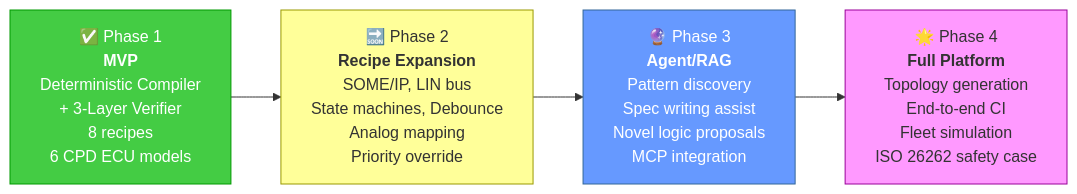
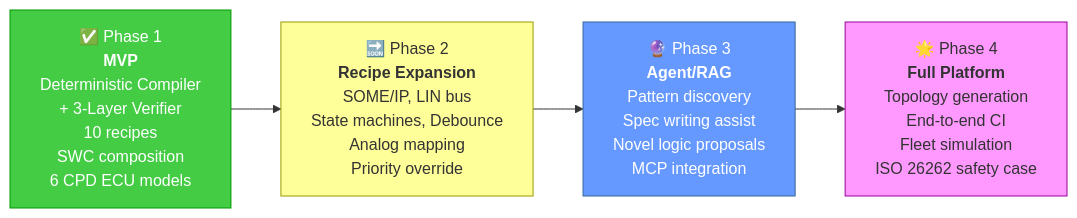
One commit to MinhTuan76800310/remotive_code_generation changed the ninth of 10 diagrams in README.md. Above: the diagram before and after it, drawn with Mermaid. The commit also changed other lines of this file, not shown here.

````diff
--- a/README.md
+++ b/README.md
@@ -686,14 +757,14 @@
 ```mermaid
 flowchart LR
-    P1["✅ Phase 1<br/><b>MVP</b><br/>Deterministic Compiler<br/>+ 3-Layer Verifier<br/>8 recipes<br/>6 CPD ECU models"]
+    P1["✅ Phase 1<br/><b>MVP</b><br/>Deterministic Compiler<br/>+ 3-Layer Verifier<br/>10 recipes<br/>SWC composition<br/>6 CPD ECU models"]
     P2["🔜 Phase 2<br/><b>Recipe Expansion</b><br/>SOME/IP, LIN bus<br/>State machines, Debounce<br/>Analog mapping<br/>Priority override"]
     P3["🔮 Phase 3<br/><b>Agent/RAG</b><br/>Pattern discovery<br/>Spec writing assist<br/>Novel logic proposals<br/>MCP integration"]
     P4["🌟 Phase 4<br/><b>Full Platform</b><br/>Topology generation<br/>End-to-end CI<br/>Fleet simulation<br/>ISO 26262 safety case"]
 
     P1 --> P2 --> P3 --> P4
 
     style P1 fill:#4c4,stroke:#090,color:#fff
     style P2 fill:#ff9,stroke:#990,color:#333
     style P3 fill:#69f,stroke:#369,color:#fff
     style P4 fill:#f9f,stroke:#909,color:#333
 ```
````
